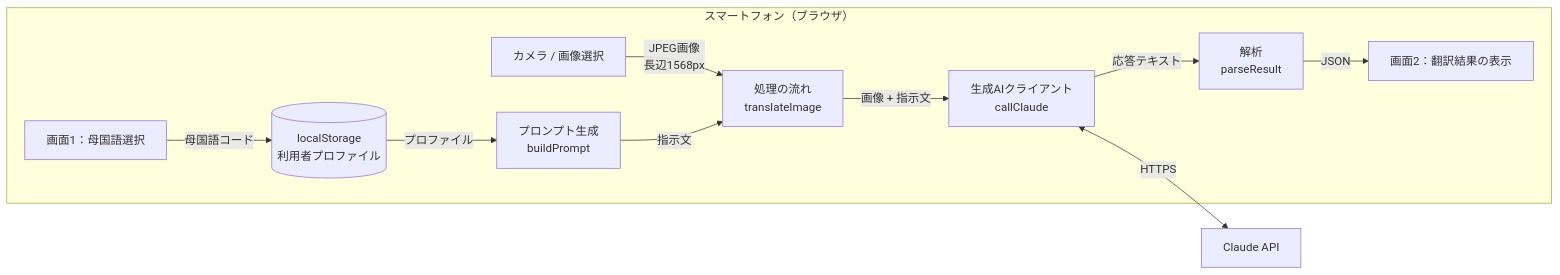
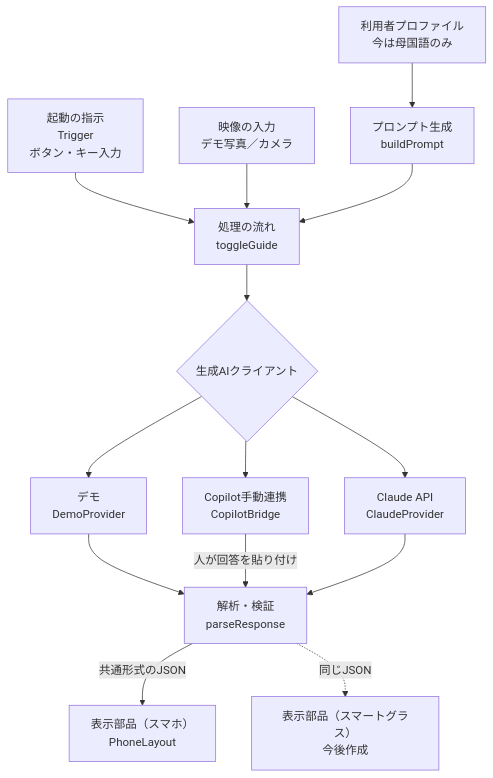
The diagram in README.md (nagirs13-spec/station-guide1), drawn with Mermaid before and after one commit. The commit also changed other lines of this file and 1 other file, not shown here.

````diff
--- a/README.md
+++ b/README.md
@@ -20,13 +52,16 @@
 ```mermaid
-flowchart LR
-  subgraph Phone["スマートフォン（ブラウザ）"]
-    UI1["画面1：母国語選択"] -->|母国語コード| Store[("localStorage<br>利用者プロファイル")]
-    Cam["カメラ / 画像選択"] -->|JPEG画像<br>長辺1568px| Flow["処理の流れ<br>translateImage"]
-    Store -->|プロファイル| Prompt["プロンプト生成<br>buildPrompt"]
-    Prompt -->|指示文| Flow
-    Flow -->|画像 + 指示文| Client["生成AIクライアント<br>callClaude"]
-    Client -->|応答テキスト| Parse["解析<br>parseResult"]
-    Parse -->|JSON| View["画面2：翻訳結果の表示"]
-  end
-  Client <-->|HTTPS| API["Claude API"]
+flowchart TB
+  T["起動の指示<br>Trigger<br>ボタン・キー入力"] --> F
+  C["映像の入力<br>デモ写真／カメラ"] --> F
+  P["利用者プロファイル<br>今は母国語のみ"] --> PR["プロンプト生成<br>buildPrompt"]
+  PR --> F["処理の流れ<br>toggleGuide"]
+  F --> AI{"生成AIクライアント"}
+  AI --> D["デモ<br>DemoProvider"]
+  AI --> CB["Copilot手動連携<br>CopilotBridge"]
+  AI --> CL["Claude API<br>ClaudeProvider"]
+  D --> V
+  CB -->|人が回答を貼り付け| V
+  CL --> V["解析・検証<br>parseResponse"]
+  V -->|共通形式のJSON| L1["表示部品（スマホ）<br>PhoneLayout"]
+  V -.->|同じJSON| L2["表示部品（スマートグラス）<br>今後作成"]
 ```
````
